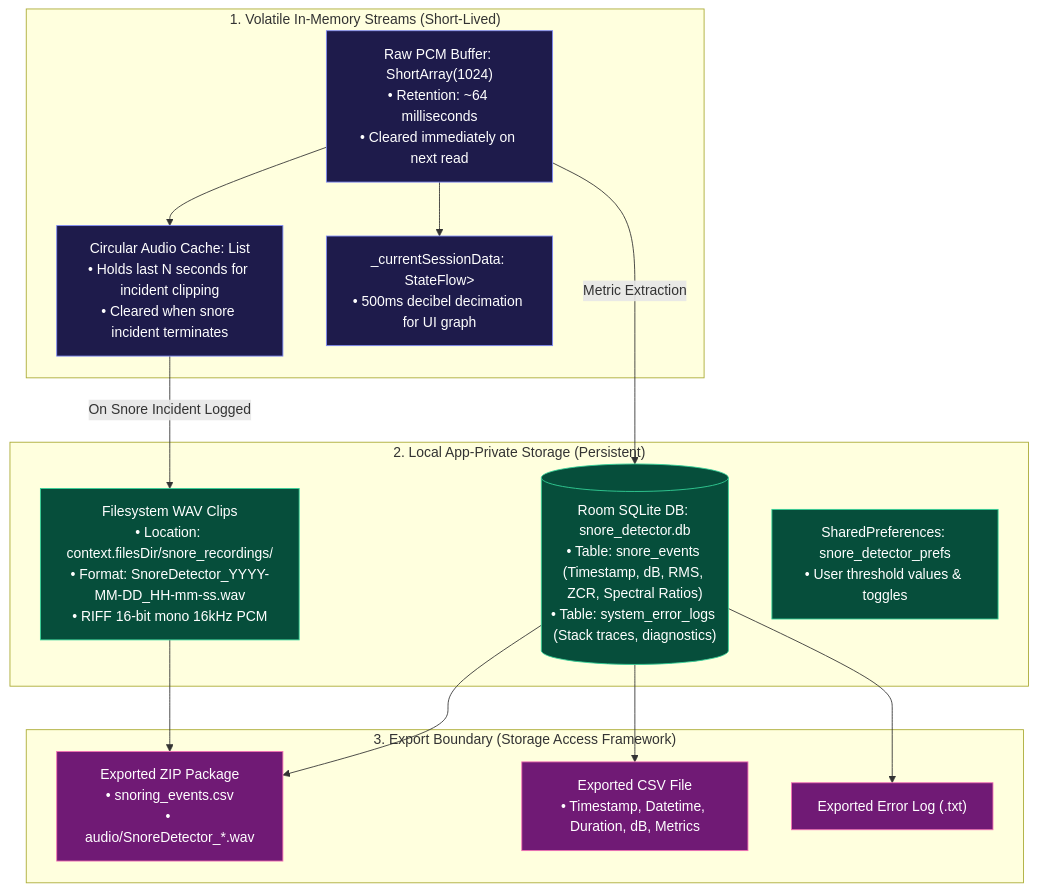
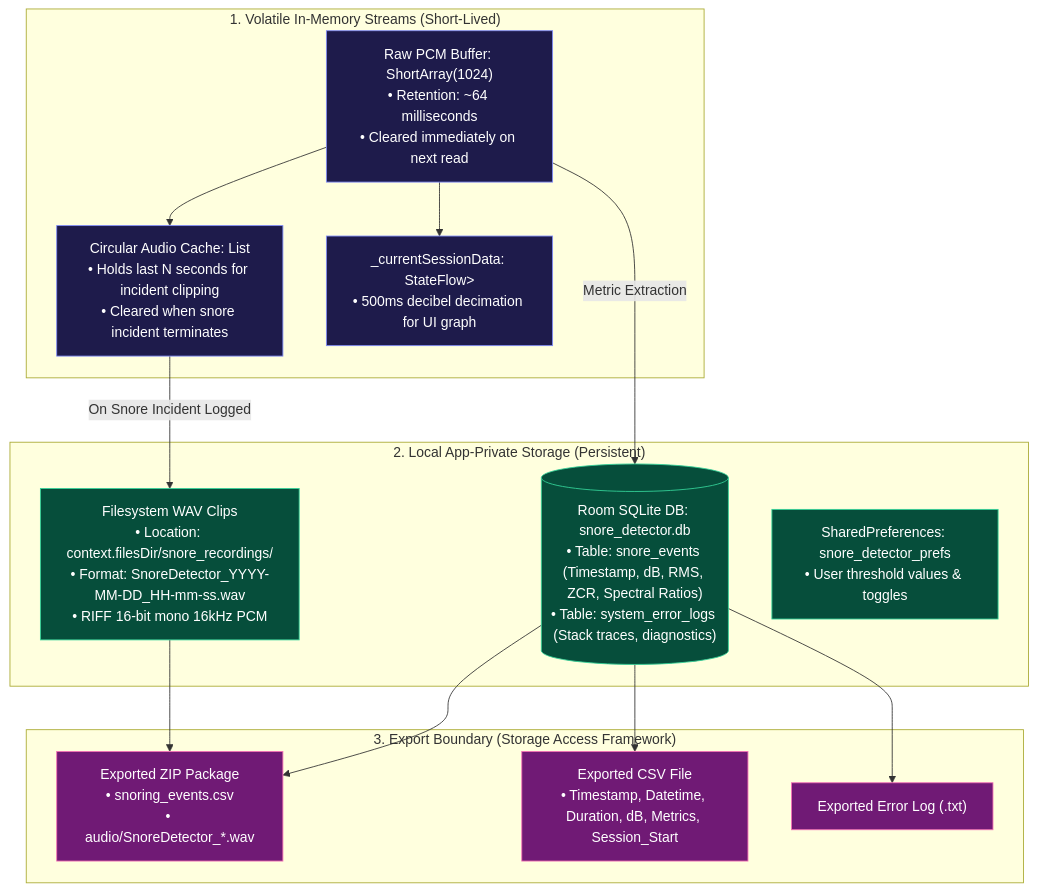
Before and after one commit to elgrande73/FOSS-snore-detector-android-app: the seventh of 10 diagrams in ARCHITECTURE.md, drawn with Mermaid. The commit also changed 6 other files, not shown here.

First line of the commit message:
Separate sessions in history and exported CSV

````diff
--- a/ARCHITECTURE.md
+++ b/ARCHITECTURE.md
@@ -372,37 +372,37 @@
 ```mermaid
 graph TD
     subgraph Volatile_Memory ["1. Volatile In-Memory Streams (Short-Lived)"]
         PCM_Buffer["Raw PCM Buffer: ShortArray(1024)<br/>• Retention: ~64 milliseconds<br/>• Cleared immediately on next read"]
         Recent_Frames["Circular Audio Cache: List<ShortArray><br/>• Holds last N seconds for incident clipping<br/>• Cleared when snore incident terminates"]
         Live_Timeline["_currentSessionData: StateFlow<List<AmplitudePoint>><br/>• 500ms decibel decimation for UI graph"]
     end
 
     subgraph Persistent_Storage ["2. Local App-Private Storage (Persistent)"]
         Room_DB[("Room SQLite DB: snore_detector.db<br/>• Table: snore_events (Timestamp, dB, RMS, ZCR, Spectral Ratios)<br/>• Table: system_error_logs (Stack traces, diagnostics)")]
         WAV_Files["Filesystem WAV Clips<br/>• Location: context.filesDir/snore_recordings/<br/>• Format: SnoreDetector_YYYY-MM-DD_HH-mm-ss.wav<br/>• RIFF 16-bit mono 16kHz PCM"]
         Prefs["SharedPreferences: snore_detector_prefs<br/>• User threshold values & toggles"]
     end
 
     subgraph Export_Boundary ["3. Export Boundary (Storage Access Framework)"]
         ZIP_Archive["Exported ZIP Package<br/>• snoring_events.csv<br/>• audio/SnoreDetector_*.wav"]
-        CSV_File["Exported CSV File<br/>• Timestamp, Datetime, Duration, dB, Metrics"]
+        CSV_File["Exported CSV File<br/>• Timestamp, Datetime, Duration, dB, Metrics, Session_Start"]
         TXT_Log["Exported Error Log (.txt)"]
     end
 
     PCM_Buffer --> Recent_Frames
     PCM_Buffer --> Live_Timeline
     Recent_Frames -->|On Snore Incident Logged| WAV_Files
     PCM_Buffer -->|Metric Extraction| Room_DB
     
     Room_DB --> ZIP_Archive & CSV_File
     WAV_Files --> ZIP_Archive
     Room_DB --> TXT_Log
 
     classDef vol fill:#1e1b4b,stroke:#818cf8,color:#fff;
     classDef per fill:#064e3b,stroke:#34d399,color:#fff;
     classDef exp fill:#701a75,stroke:#f472b6,color:#fff;
     
     class PCM_Buffer,Recent_Frames,Live_Timeline vol;
     class Room_DB,WAV_Files,Prefs per;
     class ZIP_Archive,CSV_File,TXT_Log exp;
 ```
````
